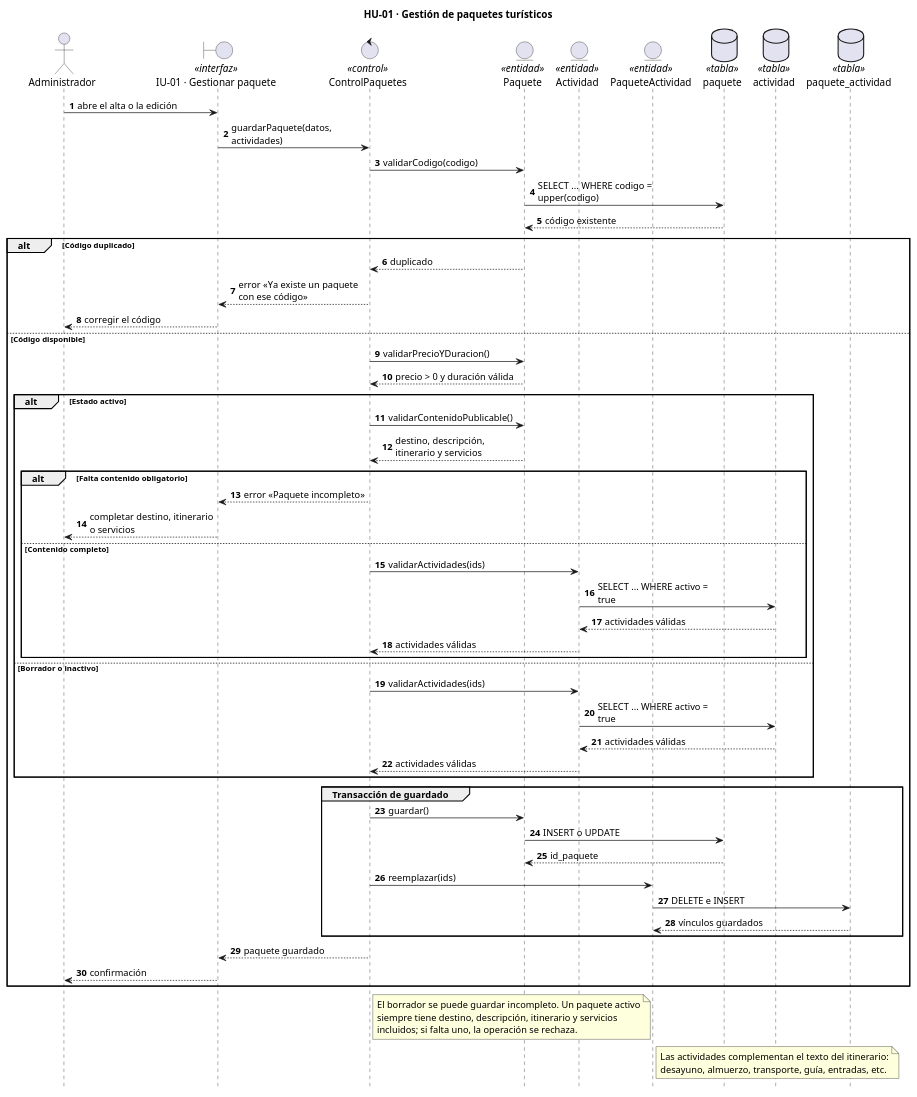
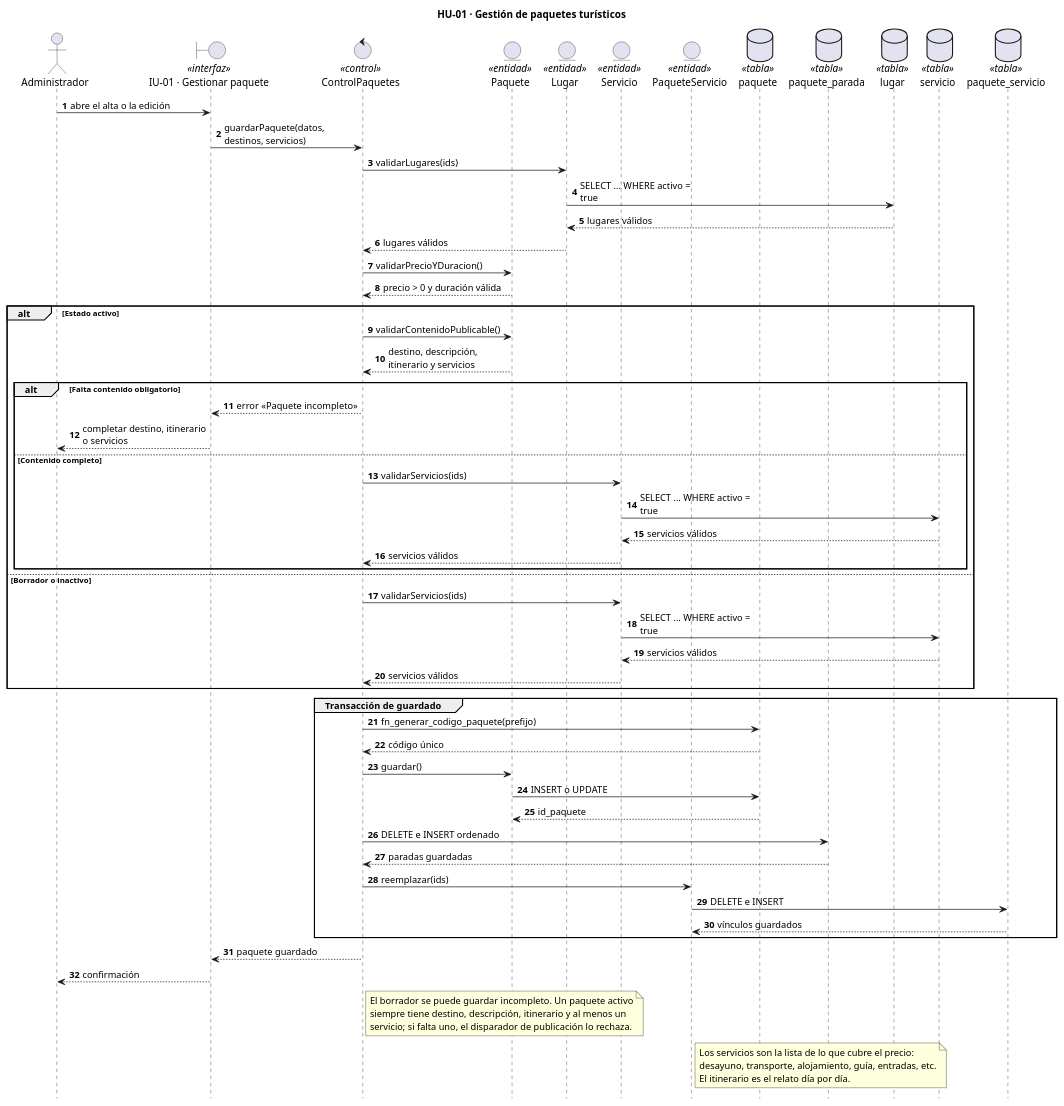
One commit to fervflow/sis-inf3-proyecto-formativo changed the diagram in sistema/diagramas/uml/secuencia/hu-01-gestionar-paquetes.puml. Above: the diagram before and after it, drawn with PlantUML. The commit also changed 49 other files, not shown here.

```diff
--- a/sistema/diagramas/uml/secuencia/hu-01-gestionar-paquetes.puml
+++ b/sistema/diagramas/uml/secuencia/hu-01-gestionar-paquetes.puml
@@ -1,78 +1,84 @@
 @startuml
 title HU-01 · Gestión de paquetes turísticos
 ' El borrador puede estar incompleto. Para publicar se exige destino,
-' descripción, itinerario y servicios incluidos. El itinerario se
-' complementa con actividades comunes marcadas por el administrador.
+' descripción, itinerario y al menos un servicio. El código lo genera la
+' base; el recorrido se arma con lugares y paradas.
 hide footbox
 autonumber
 skinparam maxMessageSize 175
 
 actor "Administrador" as ADM
 boundary "IU-01 · Gestionar paquete" as UI <<interfaz>>
 control "ControlPaquetes" as CTRL <<control>>
 entity "Paquete" as E_PAQUETE <<entidad>>
-entity "Actividad" as E_ACTIVIDAD <<entidad>>
-entity "PaqueteActividad" as E_PAQUETE_ACTIVIDAD <<entidad>>
+entity "Lugar" as E_LUGAR <<entidad>>
+entity "Servicio" as E_SERVICIO <<entidad>>
+entity "PaqueteServicio" as E_PAQUETE_SERVICIO <<entidad>>
 database "paquete" as T_PAQUETE <<tabla>>
-database "actividad" as T_ACTIVIDAD <<tabla>>
-database "paquete_actividad" as T_PAQUETE_ACTIVIDAD <<tabla>>
+database "paquete_parada" as T_PARADA <<tabla>>
+database "lugar" as T_LUGAR <<tabla>>
+database "servicio" as T_SERVICIO <<tabla>>
+database "paquete_servicio" as T_PAQUETE_SERVICIO <<tabla>>
 
 ADM -> UI : abre el alta o la edición
-UI -> CTRL : guardarPaquete(datos, actividades)
+UI -> CTRL : guardarPaquete(datos, destinos, servicios)
 
-CTRL -> E_PAQUETE : validarCodigo(codigo)
-E_PAQUETE -> T_PAQUETE : SELECT ... WHERE codigo = upper(codigo)
-T_PAQUETE --> E_PAQUETE : código existente
+CTRL -> E_LUGAR : validarLugares(ids)
+E_LUGAR -> T_LUGAR : SELECT ... WHERE activo = true
+T_LUGAR --> E_LUGAR : lugares válidos
+E_LUGAR --> CTRL : lugares válidos
 
-alt Código duplicado
-    E_PAQUETE --> CTRL : duplicado
-    CTRL --> UI : error «Ya existe un paquete con ese código»
-    UI --> ADM : corregir el código
-else Código disponible
-    CTRL -> E_PAQUETE : validarPrecioYDuracion()
-    E_PAQUETE --> CTRL : precio > 0 y duración válida
+CTRL -> E_PAQUETE : validarPrecioYDuracion()
+E_PAQUETE --> CTRL : precio > 0 y duración válida
 
-    alt Estado activo
-        CTRL -> E_PAQUETE : validarContenidoPublicable()
-        E_PAQUETE --> CTRL : destino, descripción, itinerario y servicios
+alt Estado activo
+    CTRL -> E_PAQUETE : validarContenidoPublicable()
+    E_PAQUETE --> CTRL : destino, descripción, itinerario y servicios
 
-        alt Falta contenido obligatorio
-            CTRL --> UI : error «Paquete incompleto»
-            UI --> ADM : completar destino, itinerario o servicios
-        else Contenido completo
-            CTRL -> E_ACTIVIDAD : validarActividades(ids)
-            E_ACTIVIDAD -> T_ACTIVIDAD : SELECT ... WHERE activo = true
-            T_ACTIVIDAD --> E_ACTIVIDAD : actividades válidas
-            E_ACTIVIDAD --> CTRL : actividades válidas
-        end
-    else Borrador o inactivo
-        CTRL -> E_ACTIVIDAD : validarActividades(ids)
-        E_ACTIVIDAD -> T_ACTIVIDAD : SELECT ... WHERE activo = true
-        T_ACTIVIDAD --> E_ACTIVIDAD : actividades válidas
-        E_ACTIVIDAD --> CTRL : actividades válidas
+    alt Falta contenido obligatorio
+        CTRL --> UI : error «Paquete incompleto»
+        UI --> ADM : completar destino, itinerario o servicios
+    else Contenido completo
+        CTRL -> E_SERVICIO : validarServicios(ids)
+        E_SERVICIO -> T_SERVICIO : SELECT ... WHERE activo = true
+        T_SERVICIO --> E_SERVICIO : servicios válidos
+        E_SERVICIO --> CTRL : servicios válidos
     end
+else Borrador o inactivo
+    CTRL -> E_SERVICIO : validarServicios(ids)
+    E_SERVICIO -> T_SERVICIO : SELECT ... WHERE activo = true
+    T_SERVICIO --> E_SERVICIO : servicios válidos
+    E_SERVICIO --> CTRL : servicios válidos
+end
 
-    group Transacción de guardado
-        CTRL -> E_PAQUETE : guardar()
-        E_PAQUETE -> T_PAQUETE : INSERT o UPDATE
-        T_PAQUETE --> E_PAQUETE : id_paquete
-        CTRL -> E_PAQUETE_ACTIVIDAD : reemplazar(ids)
-        E_PAQUETE_ACTIVIDAD -> T_PAQUETE_ACTIVIDAD : DELETE e INSERT
-        T_PAQUETE_ACTIVIDAD --> E_PAQUETE_ACTIVIDAD : vínculos guardados
-    end
+group Transacción de guardado
+    CTRL -> T_PAQUETE : fn_generar_codigo_paquete(prefijo)
+    T_PAQUETE --> CTRL : código único
 
-    CTRL --> UI : paquete guardado
-    UI --> ADM : confirmación
+    CTRL -> E_PAQUETE : guardar()
+    E_PAQUETE -> T_PAQUETE : INSERT o UPDATE
+    T_PAQUETE --> E_PAQUETE : id_paquete
+
+    CTRL -> T_PARADA : DELETE e INSERT ordenado
+    T_PARADA --> CTRL : paradas guardadas
+
+    CTRL -> E_PAQUETE_SERVICIO : reemplazar(ids)
+    E_PAQUETE_SERVICIO -> T_PAQUETE_SERVICIO : DELETE e INSERT
+    T_PAQUETE_SERVICIO --> E_PAQUETE_SERVICIO : vínculos guardados
 end
+
+CTRL --> UI : paquete guardado
+UI --> ADM : confirmación
 
 note right of CTRL
     El borrador se puede guardar incompleto. Un paquete activo
-    siempre tiene destino, descripción, itinerario y servicios
-    incluidos; si falta uno, la operación se rechaza.
+    siempre tiene destino, descripción, itinerario y al menos un
+    servicio; si falta uno, el disparador de publicación lo rechaza.
 end note
 
-note right of E_PAQUETE_ACTIVIDAD
-    Las actividades complementan el texto del itinerario:
-    desayuno, almuerzo, transporte, guía, entradas, etc.
+note right of E_PAQUETE_SERVICIO
+    Los servicios son la lista de lo que cubre el precio:
+    desayuno, transporte, alojamiento, guía, entradas, etc.
+    El itinerario es el relato día por día.
 end note
 @enduml
```
